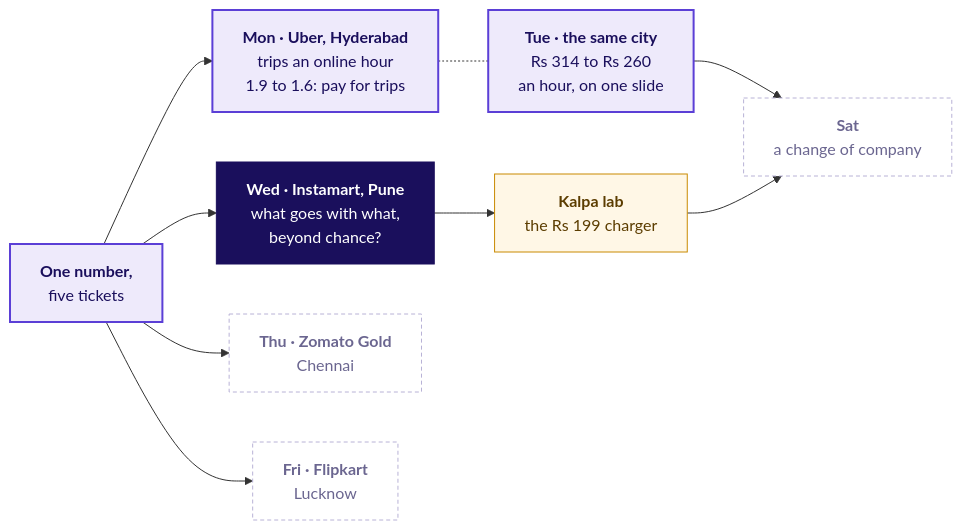
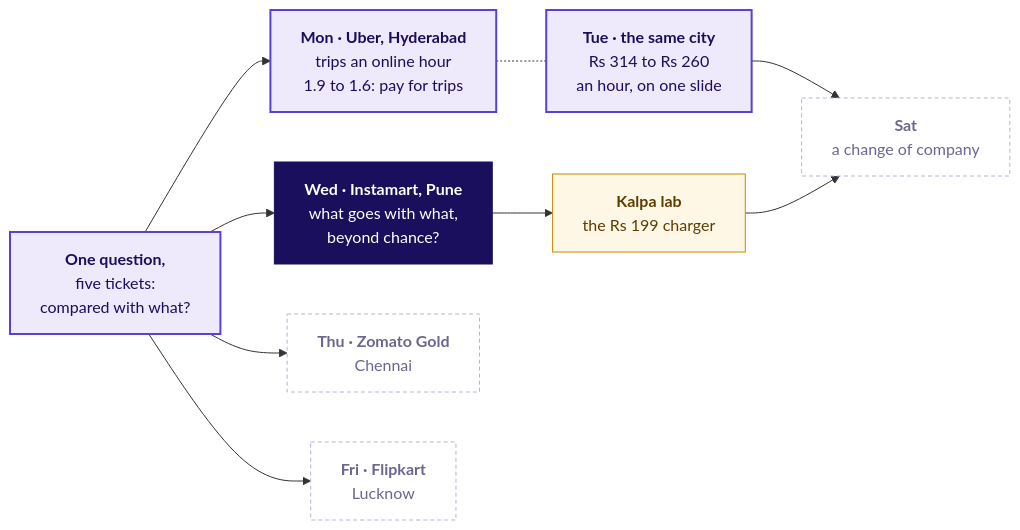
Before and after one commit to fde-academy-lab/c2-content-factory: the first of 4 diagrams in content/W04/D3/slides/C2_W04_D03_half1_STUDENT.md, drawn with Mermaid. The commit also changed other lines of this file and 5 other files, not shown here.

````diff
--- a/content/W04/D3/slides/C2_W04_D03_half1_STUDENT.md
+++ b/content/W04/D3/slides/C2_W04_D03_half1_STUDENT.md
@@ -37,27 +38,27 @@
 ```mermaid
 flowchart LR
-    C["<b>One number,</b><br/>five tickets"]
+    C["<b>One question,</b><br/>five tickets:<br/>compared with what?"]
     M["<b>Mon · Uber, Hyderabad</b><br/>trips an online hour<br/>1.9 to 1.6: pay for trips"]
     T["<b>Tue · the same city</b><br/>Rs 314 to Rs 260<br/>an hour, on one slide"]
     W["<b>Wed · Instamart, Pune</b><br/>what goes with what,<br/>beyond chance?"]
     H["<b>Thu · Zomato Gold</b><br/>Chennai"]
     F["<b>Fri · Flipkart</b><br/>Lucknow"]
     S["<b>Sat</b><br/>a change of company"]
     K["<b>Kalpa lab</b><br/>the Rs 199 charger"]
     C --> M
     C --> W
     C --> H
     C --> F
     M -.- T
     W --> K
     T --> S
     K --> S
     classDef lit fill:#1A0F5C,stroke:#1A0F5C,color:#FFFFFF
     classDef known fill:#EEEAFB,stroke:#5B3FD6,color:#1A0F5C,stroke-width:2px
     classDef unknown fill:#FFFFFF,stroke:#B8B2D6,color:#6B6690,stroke-dasharray:4 3
     classDef kalpa fill:#FFF7E6,stroke:#C98A00,color:#5C3D00
     class C,M,T known
     class W lit
     class H,F,S unknown
     class K kalpa
 ```
````
